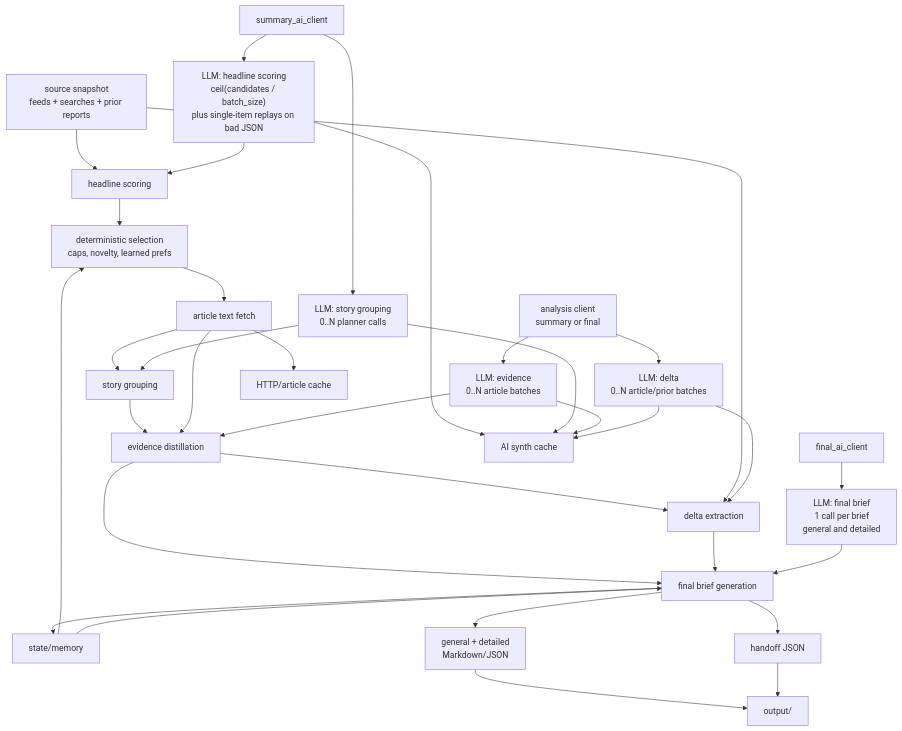
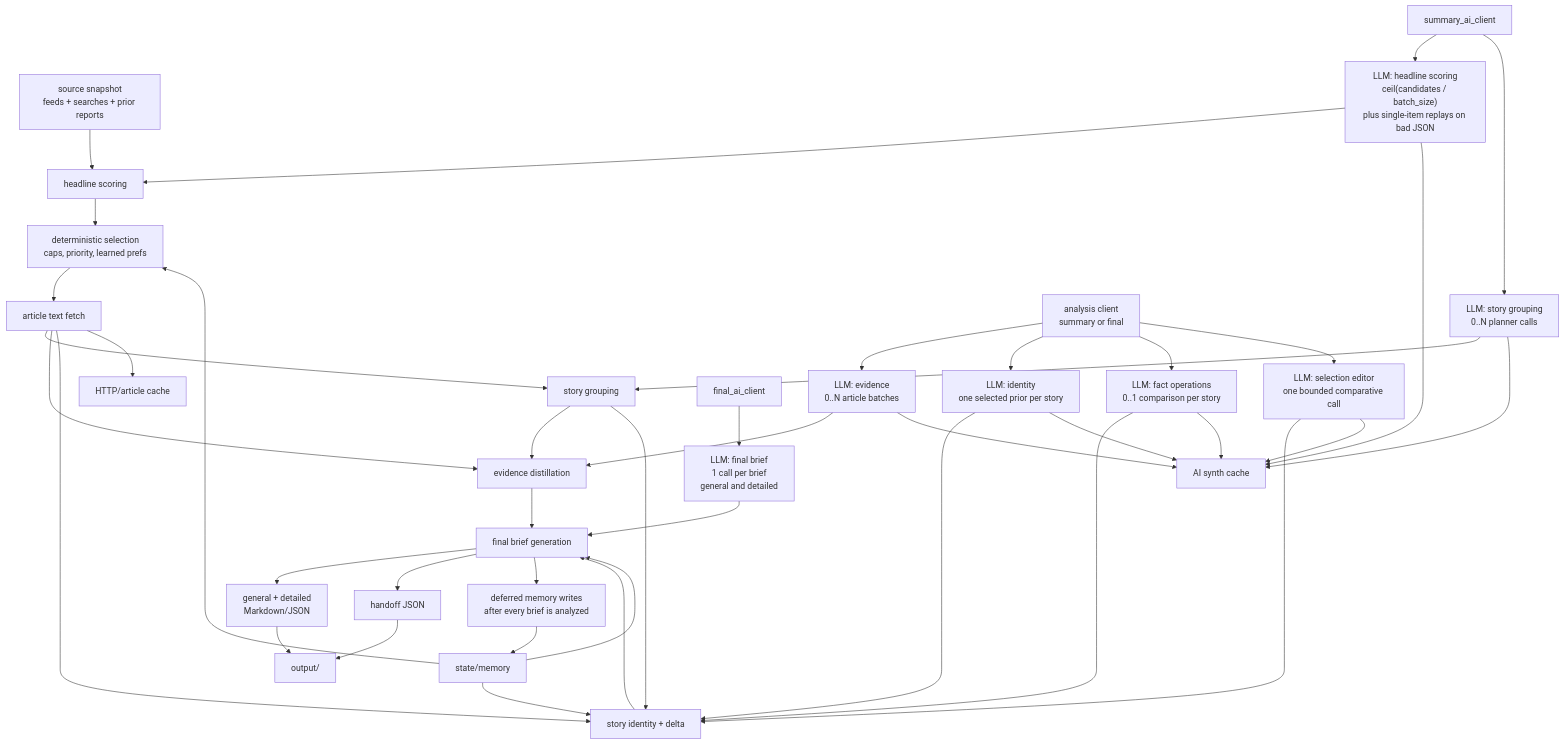
Before and after one commit to HorizonEngine24798/MyDailyNews: the second of 3 diagrams in docs/architecture.md, drawn with Mermaid. The commit also changed other lines of this file and 2 other files, not shown here.

Commit message:
docs: describe simplified story pipeline

````diff
--- a/docs/architecture.md
+++ b/docs/architecture.md
@@ -47,35 +47,43 @@
 ```mermaid
 flowchart TD
     SNAPSHOT["source snapshot<br/>feeds + searches + prior reports"] --> SCORE["headline scoring"]
     SUMMARY["summary_ai_client"] --> SCORE_CALL["LLM: headline scoring<br/>ceil(candidates / batch_size)<br/>plus single-item replays on bad JSON"]
     SCORE_CALL --> SCORE
-    SCORE --> SELECT["deterministic selection<br/>caps, novelty, learned prefs"]
+    SCORE --> SELECT["deterministic selection<br/>caps, priority, learned prefs"]
     MEMORY["state/memory"] --> SELECT
     SELECT --> FETCH["article text fetch"]
     FETCH --> GROUP["story grouping"]
     SUMMARY --> GROUP_CALL["LLM: story grouping<br/>0..N planner calls"]
     GROUP_CALL --> GROUP
     GROUP --> EVIDENCE["evidence distillation"]
     FETCH --> EVIDENCE
     ANALYSIS["analysis client<br/>summary or final"] --> EVIDENCE_CALL["LLM: evidence<br/>0..N article batches"]
     EVIDENCE_CALL --> EVIDENCE
-    EVIDENCE --> DELTA["delta extraction"]
-    SNAPSHOT --> DELTA
-    ANALYSIS --> DELTA_CALL["LLM: delta<br/>0..N article/prior batches"]
-    DELTA_CALL --> DELTA
+    GROUP --> DELTA["story identity + delta"]
+    FETCH --> DELTA
+    MEMORY --> DELTA
+    ANALYSIS --> IDENTITY_CALL["LLM: identity<br/>one selected prior per story"]
+    ANALYSIS --> OPERATION_CALL["LLM: fact operations<br/>0..1 comparison per story"]
+    ANALYSIS --> EDITOR_CALL["LLM: selection editor<br/>one bounded comparative call"]
+    IDENTITY_CALL --> DELTA
+    OPERATION_CALL --> DELTA
+    EDITOR_CALL --> DELTA
     EVIDENCE --> FINAL_BRIEF["final brief generation"]
     DELTA --> FINAL_BRIEF
     MEMORY --> FINAL_BRIEF
     FINAL["final_ai_client"] --> FINAL_CALL["LLM: final brief<br/>1 call per brief<br/>general and detailed"]
     FINAL_CALL --> FINAL_BRIEF
     FINAL_BRIEF --> REPORTS["general + detailed<br/>Markdown/JSON"]
     FINAL_BRIEF --> HANDOFF["handoff JSON"]
-    FINAL_BRIEF --> MEMORY
+    FINAL_BRIEF --> MEMORY_QUEUE["deferred memory writes<br/>after every brief is analyzed"]
+    MEMORY_QUEUE --> MEMORY
     SCORE_CALL --> AI_CACHE["AI synth cache"]
     GROUP_CALL --> AI_CACHE
     EVIDENCE_CALL --> AI_CACHE
-    DELTA_CALL --> AI_CACHE
+    IDENTITY_CALL --> AI_CACHE
+    OPERATION_CALL --> AI_CACHE
+    EDITOR_CALL --> AI_CACHE
     FETCH --> HTTP_CACHE["HTTP/article cache"]
     REPORTS --> OUTPUT["output/"]
     HANDOFF --> OUTPUT
 ```
````
